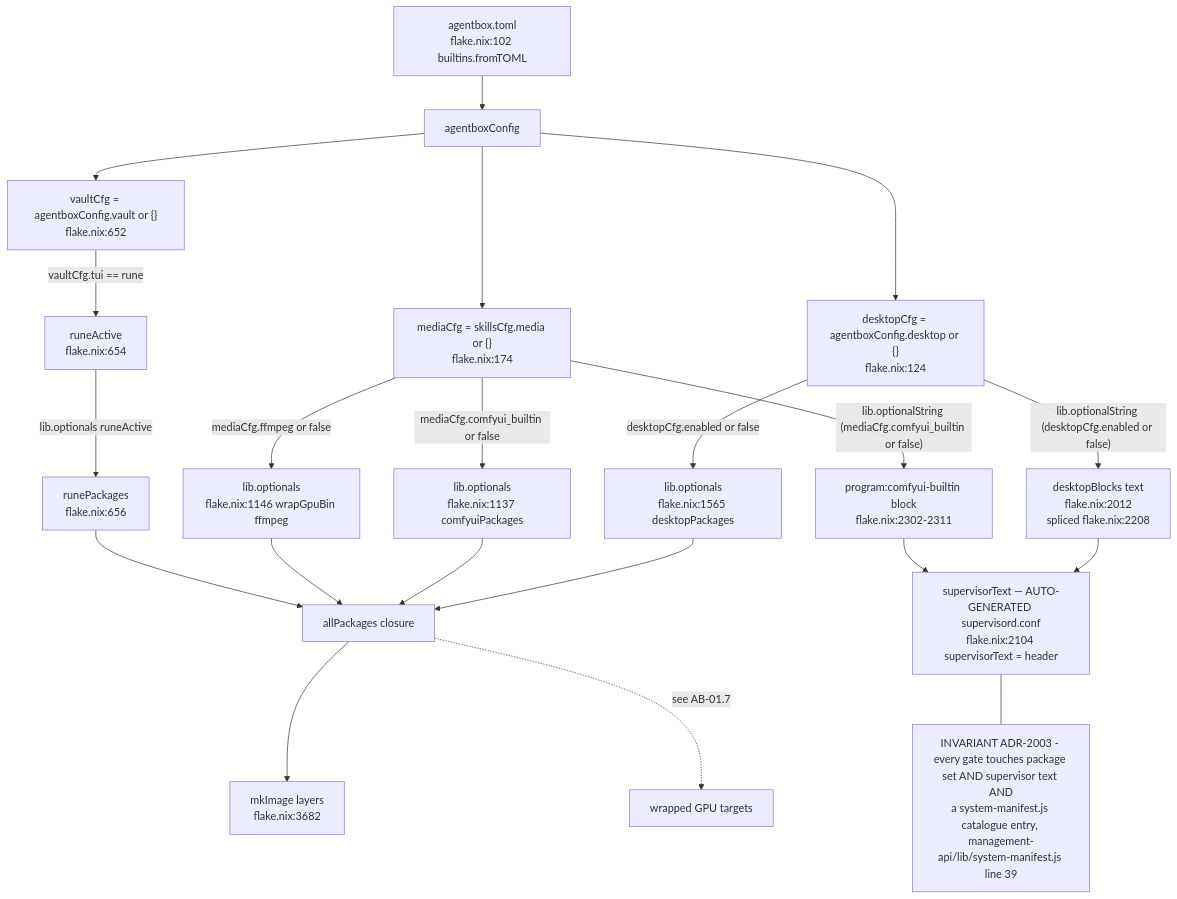
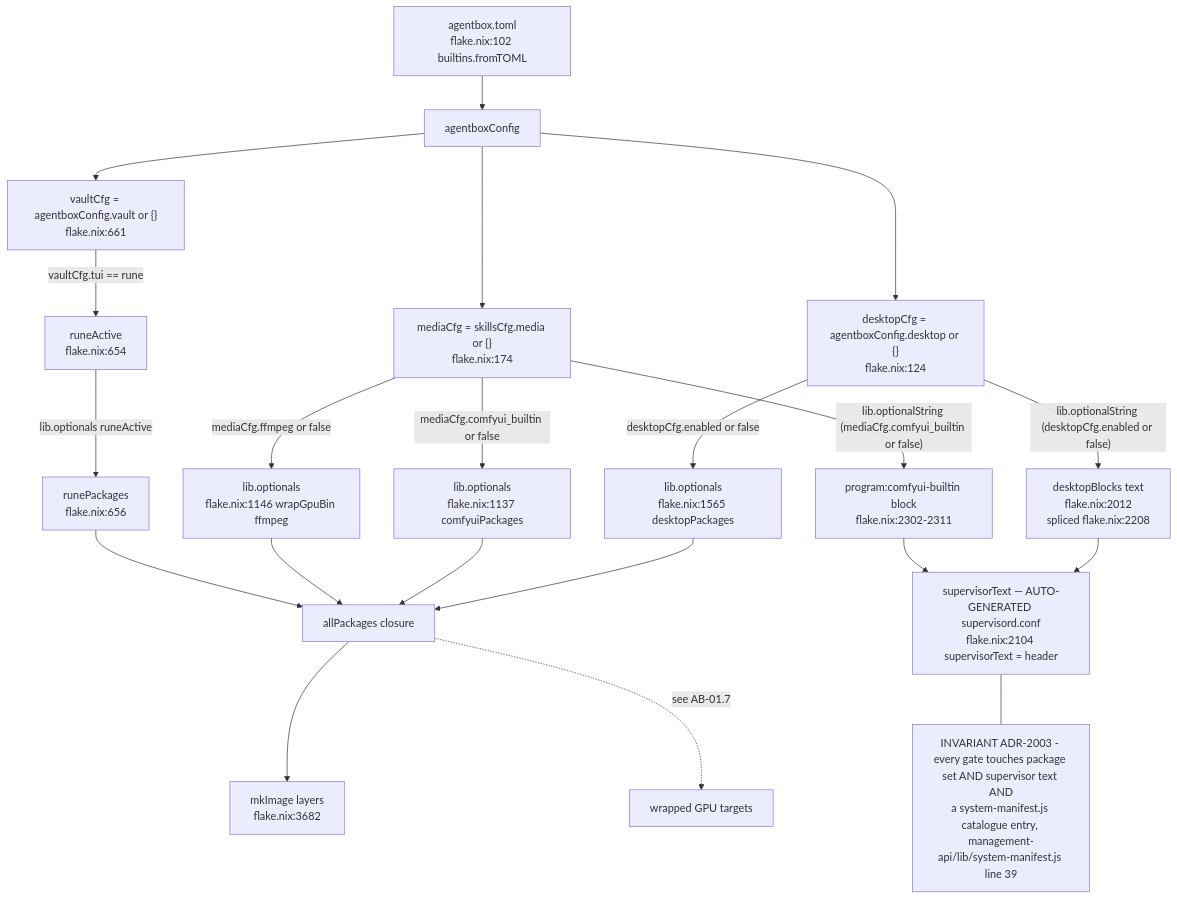
One commit to DreamLab-AI/VisionFlow changed the first of 11 diagrams in docs/diagrams/agentbox/01-nix-flake-composition.md. Above: the diagram before and after it, drawn with Mermaid. The commit also changed other lines of this file and 51 other files, not shown here.

First line of the commit message:
docs(diagrams): agentbox AB-01..13 re-attested anchor by anchor (980 anchors, 22 defects); checkpoint against an out-of-mesh writer

````diff
--- a/docs/diagrams/agentbox/01-nix-flake-composition.md
+++ b/docs/diagrams/agentbox/01-nix-flake-composition.md
@@ -30,30 +30,30 @@
 ```mermaid
 flowchart TB
     TOML["agentbox.toml<br/>flake.nix:102 builtins.fromTOML"] --> CFG["agentboxConfig"]
     CFG --> DESK["desktopCfg = agentboxConfig.desktop or {}<br/>flake.nix:124"]
     CFG --> MEDIA["mediaCfg = skillsCfg.media or {}<br/>flake.nix:174"]
-    CFG --> VAULT["vaultCfg = agentboxConfig.vault or {}<br/>flake.nix:652"]
+    CFG --> VAULT["vaultCfg = agentboxConfig.vault or {}<br/>flake.nix:661"]
 
     DESK -->|"desktopCfg.enabled or false"| DESKOPT["lib.optionals<br/>flake.nix:1565 desktopPackages"]
     MEDIA -->|"mediaCfg.comfyui_builtin or false"| COMFYOPT["lib.optionals<br/>flake.nix:1137 comfyuiPackages"]
     MEDIA -->|"mediaCfg.ffmpeg or false"| FFOPT["lib.optionals<br/>flake.nix:1146 wrapGpuBin ffmpeg"]
     VAULT -->|"vaultCfg.tui == rune"| RUNEOPT["runeActive<br/>flake.nix:654"]
 
     DESKOPT --> ALLPKG["allPackages closure"]
     COMFYOPT --> ALLPKG
     FFOPT --> ALLPKG
     RUNEOPT -->|"lib.optionals runeActive"| RUNEPKG["runePackages<br/>flake.nix:656"]
     RUNEPKG --> ALLPKG
 
     DESK -->|"lib.optionalString (desktopCfg.enabled or false)"| DESKSUP["desktopBlocks text<br/>flake.nix:2012<br/>spliced flake.nix:2208"]
     MEDIA -->|"lib.optionalString (mediaCfg.comfyui_builtin or false)"| COMFYSUP["program:comfyui-builtin block<br/>flake.nix:2302-2311"]
 
     DESKSUP --> SUPTEXT["supervisorText — AUTO-GENERATED supervisord.conf<br/>flake.nix:2104 supervisorText = header"]
     COMFYSUP --> SUPTEXT
     ALLPKG --> MKIMAGE["mkImage layers<br/>flake.nix:3682"]
 
     ALLPKG -.->|"see AB-01.7"| WRAPTGT["wrapped GPU targets"]
 
     note1["INVARIANT ADR-2003 - every gate touches package set AND supervisor text AND<br/>a system-manifest.js catalogue entry, management-api/lib/system-manifest.js line 39"]
     SUPTEXT --- note1
 ```
````
